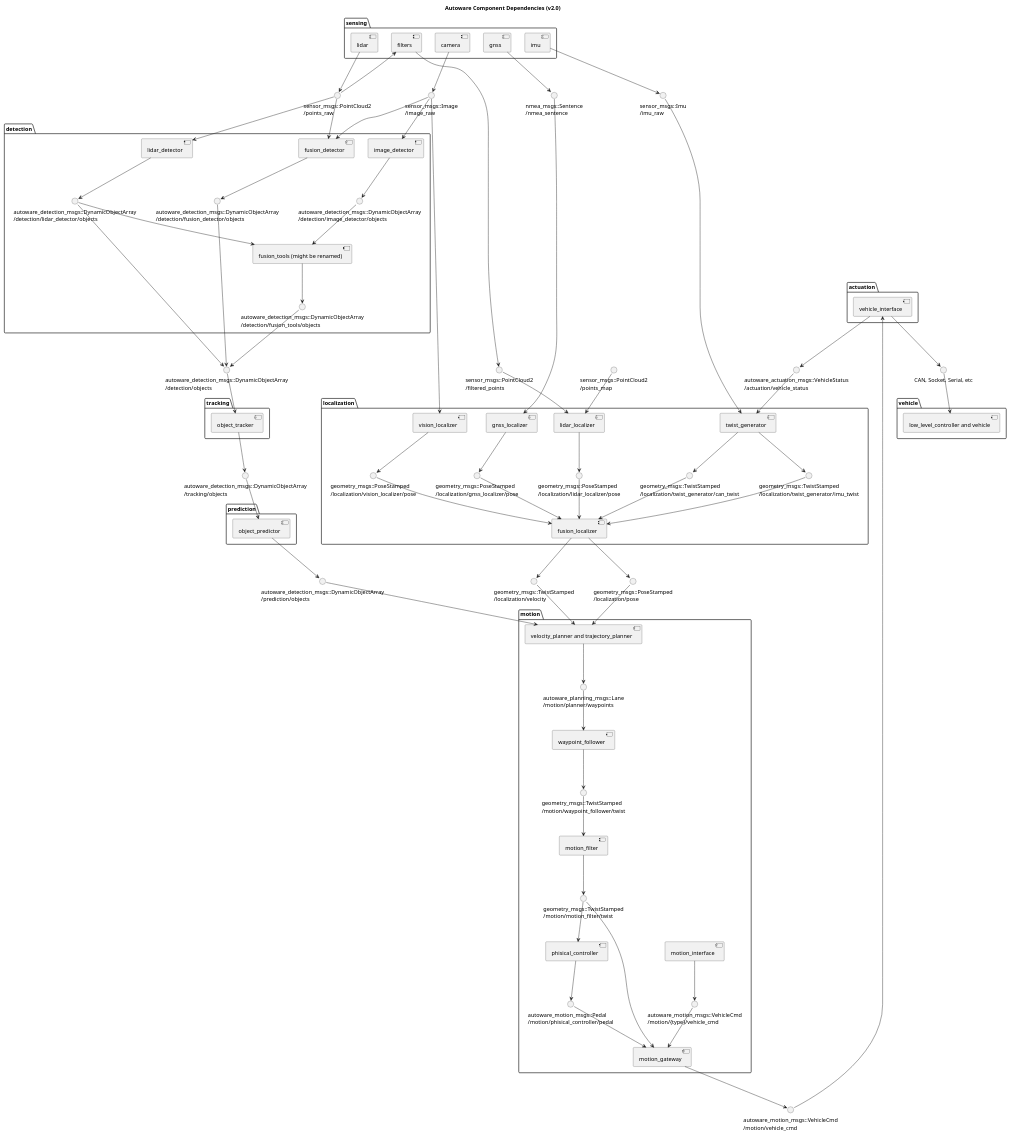
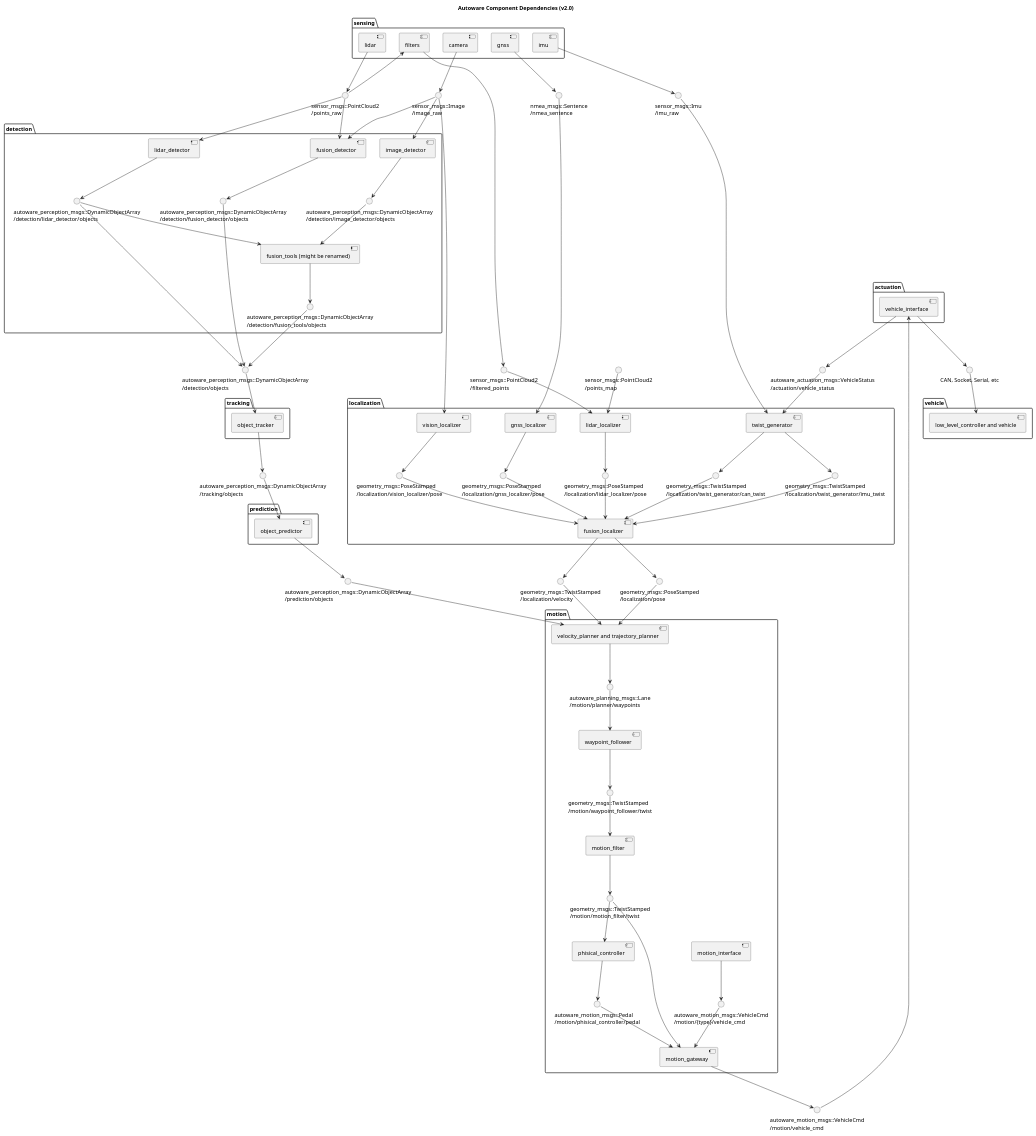
Before and after one commit to beenfhb/autoware: the diagram in docs/architecture/ComponentDiagram.pu, drawn with PlantUML.

Commit message:
Rename autoware_detection_msgs to autoware_perception_msgs

```diff
--- a/docs/architecture/ComponentDiagram.pu
+++ b/docs/architecture/ComponentDiagram.pu
@@ -34,14 +34,14 @@
 
 () "autoware_motion_msgs::Motion\n/actuation/vehicle_status" as vehicle_status
 
-'() "autoware_detection_msgs::TrafficLight\n/detection/traffic_light_color" as traffic_light_color
-() "autoware_detection_msgs::DynamicObjectArray\n/detection/objects" as objects_fused
+'() "autoware_perception_msgs::TrafficLight\n/detection/traffic_light_color" as traffic_light_color
+() "autoware_perception_msgs::DynamicObjectArray\n/detection/objects" as objects_fused
 
 folder detection {
-    () "autoware_detection_msgs::DynamicObjectArray\n/detection/image_detector/objects" as detected_objects_vision
-    () "autoware_detection_msgs::DynamicObjectArray\n/detection/lidar_detector/objects" as detected_objects_lidar
-    () "autoware_detection_msgs::DynamicObjectArray\n/detection/fusion_tools/objects" as detected_objects_combined
-    () "autoware_detection_msgs::DynamicObjectArray\n/detection/fusion_detector/objects" as detected_objects_fused
+    () "autoware_perception_msgs::DynamicObjectArray\n/detection/image_detector/objects" as detected_objects_vision
+    () "autoware_perception_msgs::DynamicObjectArray\n/detection/lidar_detector/objects" as detected_objects_lidar
+    () "autoware_perception_msgs::DynamicObjectArray\n/detection/fusion_tools/objects" as detected_objects_combined
+    () "autoware_perception_msgs::DynamicObjectArray\n/detection/fusion_detector/objects" as detected_objects_fused
 
     [image_detector]
     'inputs
@@ -84,7 +84,7 @@
     'trafficlight_recognizer --> traffic_light_color
 }
 
-() "autoware_detection_msgs::DynamicObjectArray\n/tracking/objects" as objects_tracked
+() "autoware_perception_msgs::DynamicObjectArray\n/tracking/objects" as objects_tracked
 
 
 folder tracking {
@@ -95,7 +95,7 @@
     object_tracker --> objects_tracked
 }
 
-() "autoware_detection_msgs::DynamicObjectArray\n/prediction/objects" as objects_predicted
+() "autoware_perception_msgs::DynamicObjectArray\n/prediction/objects" as objects_predicted
 
 folder prediction {
     [object_predictor]
```
